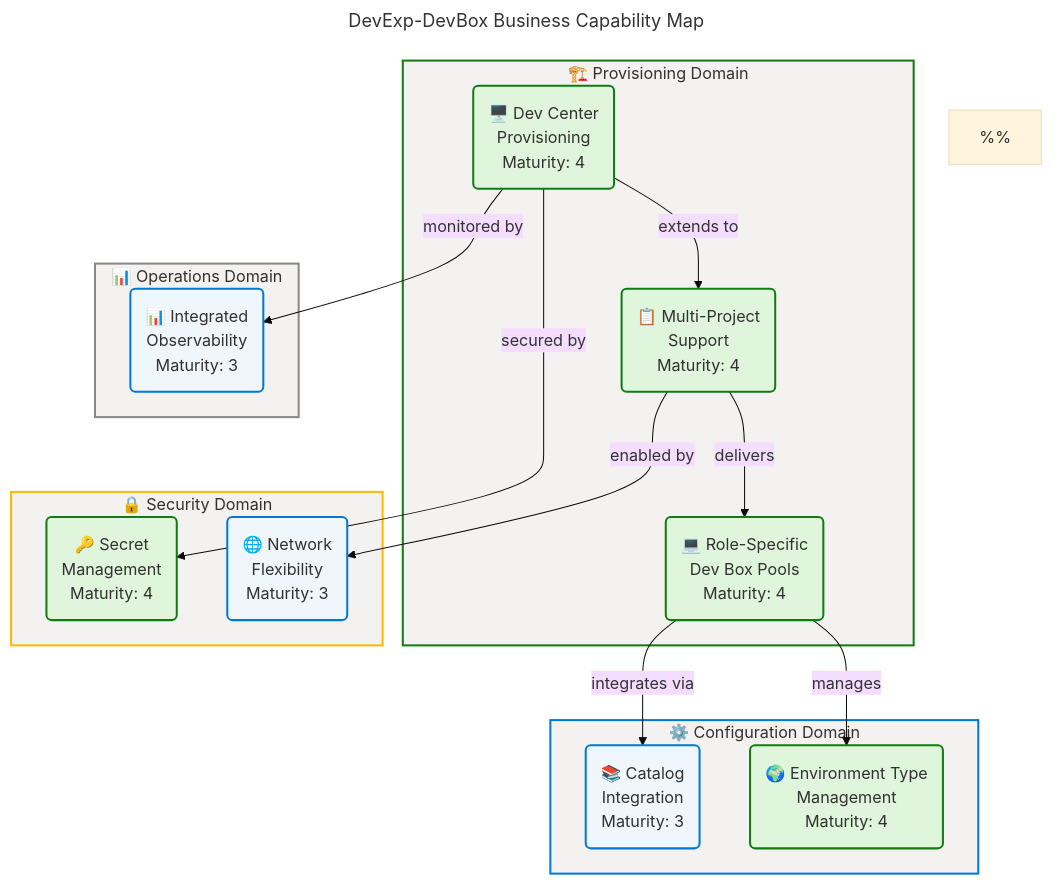
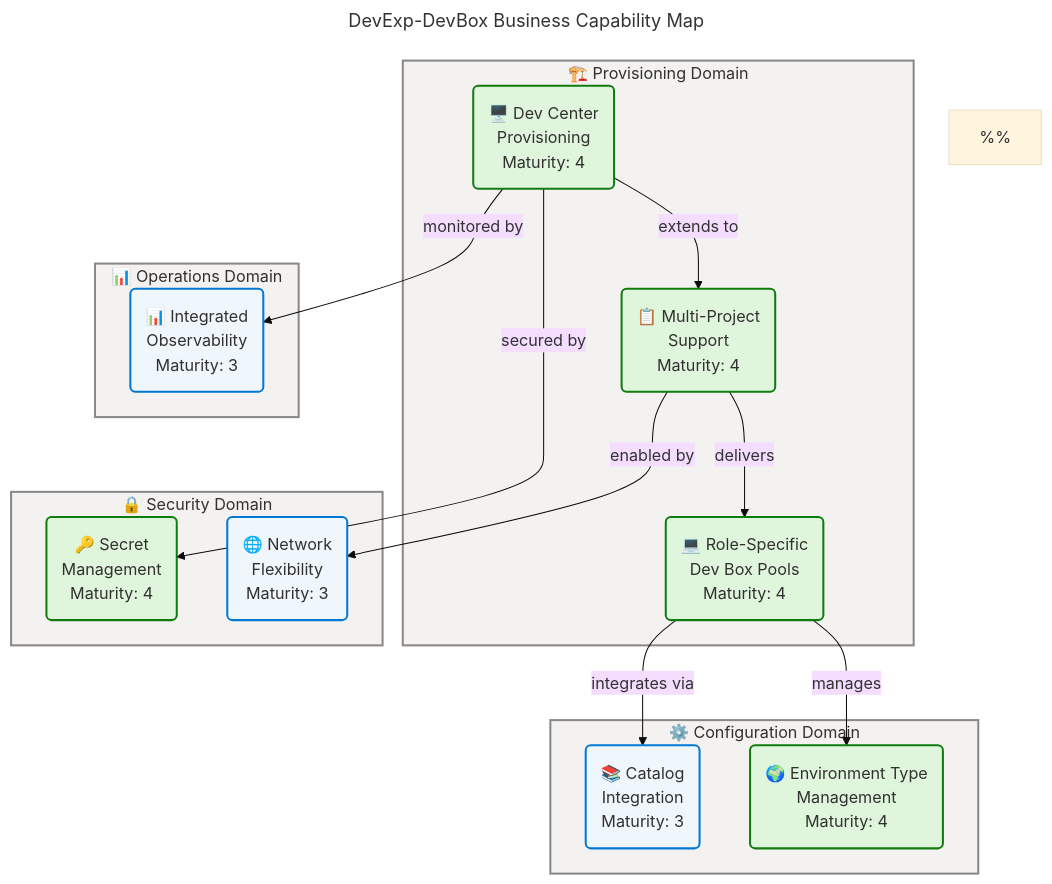
Before and after one commit to Evilazaro/DevExp-DevBox: the first of 5 diagrams in docs/architecture/bus-arch.md, drawn with Mermaid. The commit also changed other lines of this file and 3 other files, not shown here.

Commit message:
Refactor resource tables in tech-arch.md for improved readability and consistency; update color styles in flowcharts for better visual coherence.

````diff
--- a/docs/architecture/bus-arch.md
+++ b/docs/architecture/bus-arch.md
@@ -96,63 +96,63 @@
 ```mermaid
 ---
 title: "DevExp-DevBox Business Capability Map"
 config:
   theme: base
   look: classic
   layout: dagre
   themeVariables:
     fontSize: '16px'
   flowchart:
     htmlLabels: true
 ---
 flowchart TB
     accTitle: DevExp-DevBox Business Capability Map
     accDescr: Business capability map showing 8 core capabilities grouped across 4 domains. Provisioning and secret management rated maturity 4. Catalog, observability, and network rated 3. Nodes: C1=success, C2=success, C3=success, C4=core, C5=success, C6=success, C7=core, C8=core. WCAG AA compliant.
 
     %%
     %% AZURE / FLUENT ARCHITECTURE PATTERN v2.0
     %% (Semantic + Structural + Font + Accessibility Governance)
     %%
     %% PHASE 1 - FLUENT UI: All styling uses approved Fluent UI palette only
     %% PHASE 2 - GROUPS: Every subgraph has semantic color via style directive
     %% PHASE 3 - COMPONENTS: Every node has semantic classDef + icon prefix
     %% PHASE 4 - ACCESSIBILITY: accTitle/accDescr present, WCAG AA contrast
     %% PHASE 5 - STANDARD: Governance block present, classDefs centralized
     %%
 
     subgraph prov["🏗️ Provisioning Domain"]
         C1("🖥️ Dev Center<br/>Provisioning<br/>Maturity: 4"):::success
         C2("📋 Multi-Project<br/>Support<br/>Maturity: 4"):::success
         C3("💻 Role-Specific<br/>Dev Box Pools<br/>Maturity: 4"):::success
     end
 
     subgraph config["⚙️ Configuration Domain"]
         C4("📚 Catalog<br/>Integration<br/>Maturity: 3"):::core
         C5("🌍 Environment Type<br/>Management<br/>Maturity: 4"):::success
     end
 
     subgraph secdom["🔒 Security Domain"]
         C6("🔑 Secret<br/>Management<br/>Maturity: 4"):::success
         C7("🌐 Network<br/>Flexibility<br/>Maturity: 3"):::core
     end
 
     subgraph opsdom["📊 Operations Domain"]
         C8("📊 Integrated<br/>Observability<br/>Maturity: 3"):::core
     end
 
     C1 -->|extends to| C2
     C2 -->|delivers| C3
     C3 -->|integrates via| C4
     C3 -->|manages| C5
     C1 -->|secured by| C6
     C2 -->|enabled by| C7
     C1 -->|monitored by| C8
 
     classDef core fill:#EFF6FC,stroke:#0078D4,stroke-width:2px,color:#323130
     classDef success fill:#DFF6DD,stroke:#107C10,stroke-width:2px,color:#323130
 
-    style prov fill:#F3F2F1,stroke:#107C10,stroke-width:2px,color:#323130
-    style config fill:#F3F2F1,stroke:#0078D4,stroke-width:2px,color:#323130
-    style secdom fill:#F3F2F1,stroke:#FFB900,stroke-width:2px,color:#323130
+    style prov fill:#F3F2F1,stroke:#8A8886,stroke-width:2px,color:#323130
+    style config fill:#F3F2F1,stroke:#8A8886,stroke-width:2px,color:#323130
+    style secdom fill:#F3F2F1,stroke:#8A8886,stroke-width:2px,color:#323130
     style opsdom fill:#F3F2F1,stroke:#8A8886,stroke-width:2px,color:#323130
 ```
````
